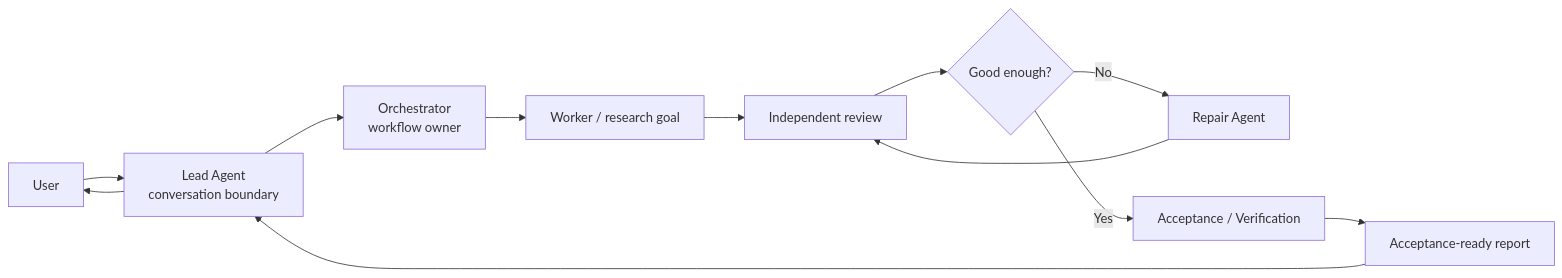
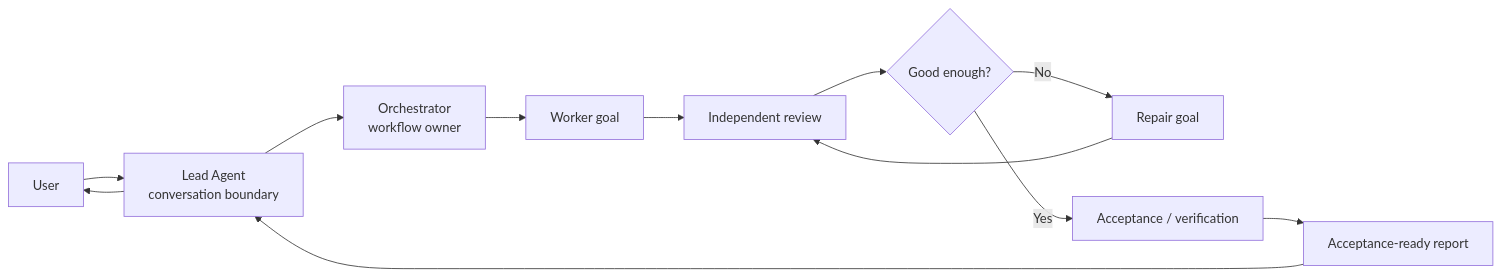
Before and after one commit to patrick-fu/parallel-goal-workflows: the first of 3 diagrams in README.md, drawn with Mermaid. The commit also changed other lines of this file and 2 other files, not shown here.

First line of the commit message:
Rewrite parallel goal workflow docs

````diff
--- a/README.md
+++ b/README.md
@@ -120,14 +93,14 @@
 ```mermaid
 flowchart LR
   User["User"] --> Lead["Lead Agent<br/>conversation boundary"]
   Lead --> Orchestrator["Orchestrator<br/>workflow owner"]
-  Orchestrator --> Worker["Worker / research goal"]
+  Orchestrator --> Worker["Worker goal"]
   Worker --> Review["Independent review"]
   Review --> Decision{"Good enough?"}
-  Decision -- "No" --> Repair["Repair Agent"]
+  Decision -- "No" --> Repair["Repair goal"]
   Repair --> Review
-  Decision -- "Yes" --> Acceptance["Acceptance / Verification"]
+  Decision -- "Yes" --> Acceptance["Acceptance / verification"]
   Acceptance --> Report["Acceptance-ready report"]
   Report --> Lead
   Lead --> User
 ```
````
